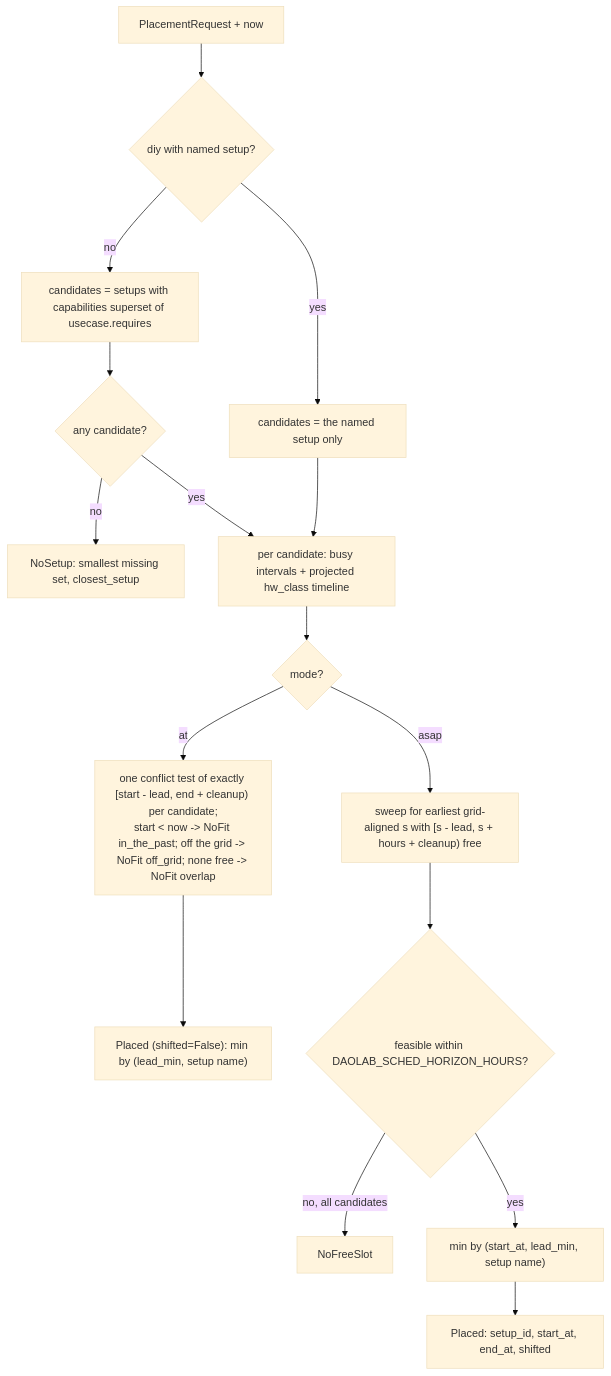
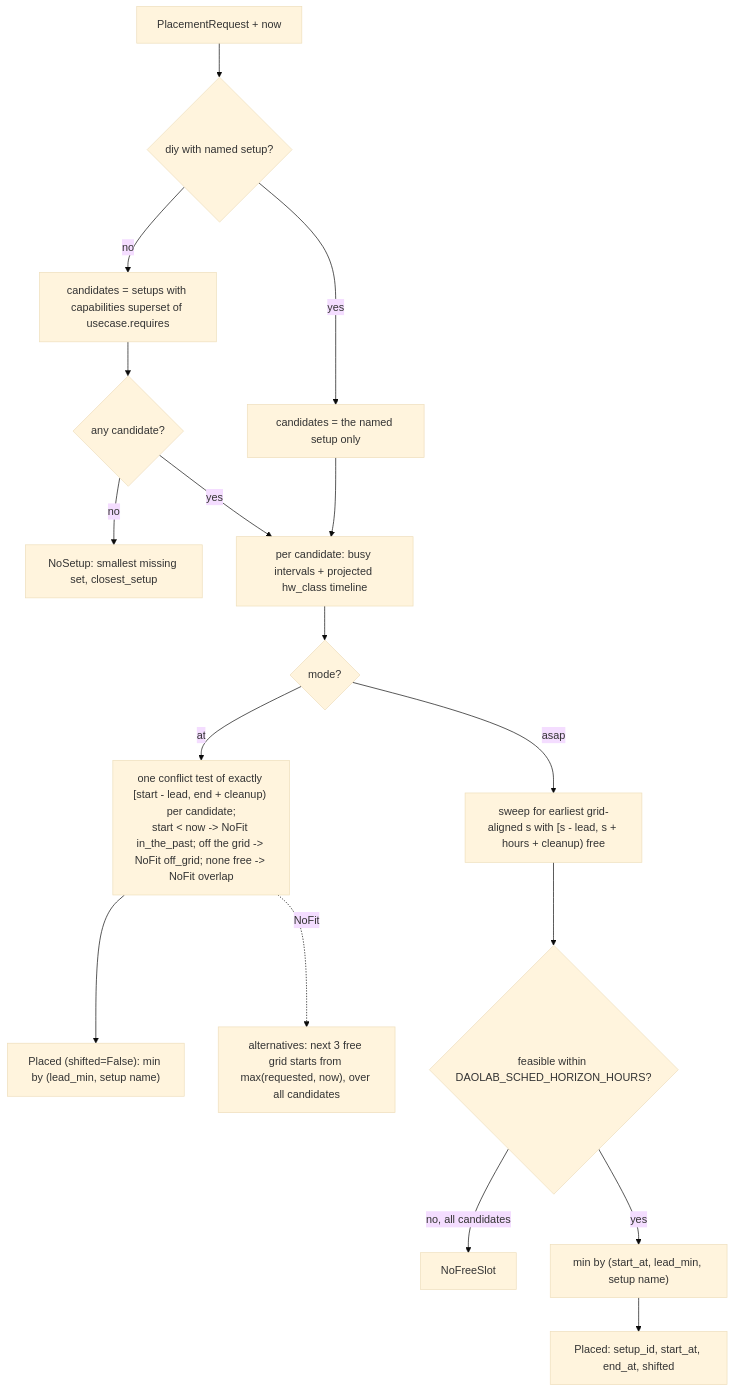
Before and after one commit to hrushikesh-sam/dao-lab-selfserve: the diagram in plan/03-scheduler.md, drawn with Mermaid (base theme). The commit also changed other lines of this file and 4 other files, not shown here.

````diff
--- a/plan/03-scheduler.md
+++ b/plan/03-scheduler.md
@@ -101,18 +102,19 @@
 ```mermaid
 flowchart TD
     RQ["PlacementRequest + now"] --> DIY{"diy with named setup?"}
     DIY -- yes --> ONE["candidates = the named setup only"]
     DIY -- no --> FIL["candidates = setups with capabilities superset of usecase.requires"]
     FIL --> ANY{"any candidate?"}
     ANY -- no --> NS["NoSetup: smallest missing set, closest_setup"]
     ANY -- yes --> TL["per candidate: busy intervals + projected hw_class timeline"]
     ONE --> TL
     TL --> MD{"mode?"}
     MD -- at --> AT["one conflict test of exactly [start - lead, end + cleanup) per candidate;<br/>start < now -> NoFit in_the_past; off the grid -> NoFit off_grid; none free -> NoFit overlap"]
     AT --> PICKAT["Placed (shifted=False): min by (lead_min, setup name)"]
+    AT -. "NoFit" .-> ALT["alternatives: next 3 free grid starts from max(requested, now), over all candidates"]
     MD -- asap --> SW["sweep for earliest grid-aligned s with [s - lead, s + hours + cleanup) free"]
     SW --> OK{"feasible within DAOLAB_SCHED_HORIZON_HOURS?"}
     OK -- "no, all candidates" --> NF["NoFreeSlot"]
     OK -- yes --> PICK["min by (start_at, lead_min, setup name)"]
     PICK --> PL["Placed: setup_id, start_at, end_at, shifted"]
 ```
````
